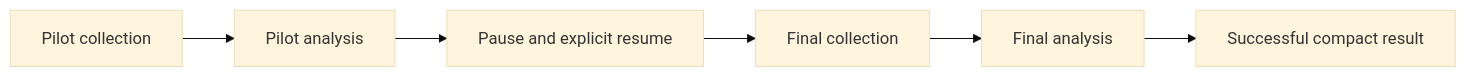
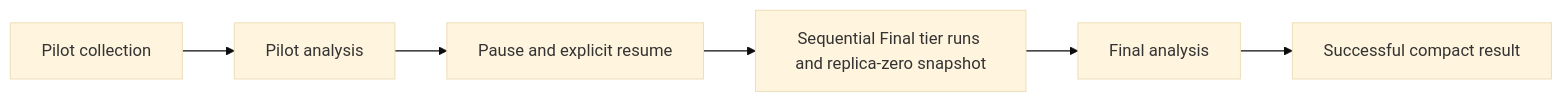
One commit to michalo1334/master_thesis changed the second of 3 diagrams in docs/design/evaluation-study-pipeline.md. Above: the diagram before and after it, drawn with Mermaid (base theme). The commit also changed other lines of this file and 8 other files, not shown here.

````diff
--- a/docs/design/evaluation-study-pipeline.md
+++ b/docs/design/evaluation-study-pipeline.md
@@ -116,8 +123,8 @@
 ```mermaid
 flowchart LR
     PC["Pilot collection"] --> PA["Pilot analysis"]
     PA --> GATE["Pause and explicit resume"]
-    GATE --> FC["Final collection"]
+    GATE --> FC["Sequential Final tier runs and replica-zero snapshot"]
     FC --> FA["Final analysis"]
     FA --> RESULT["Successful compact result"]
 ```
````
